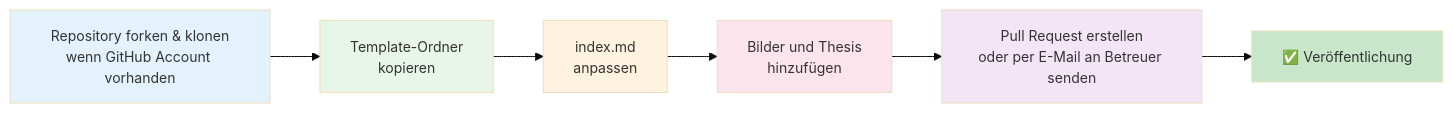
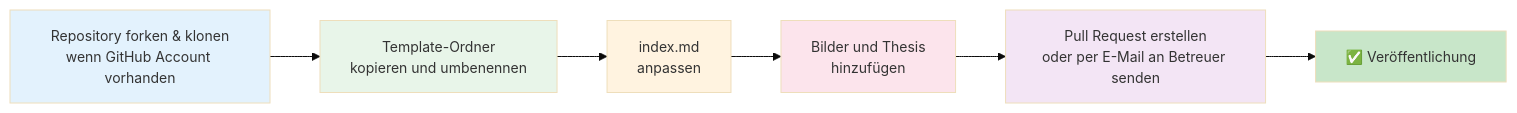
One commit to th-koeln/mi-bachelor-abschlussarbeiten changed the diagram in README.md. Above: the diagram before and after it, drawn with Mermaid.

Commit message:
Update flowchart step to include renaming template folder

````diff
--- a/README.md
+++ b/README.md
@@ -9,17 +9,17 @@
 ```mermaid
 %%{init: {'theme':'base', 'themeVariables': { 'fontSize':'14px'}}}%%
 flowchart LR
-    A[Repository forken & klonen<br/>wenn GitHub Account vorhanden] --> B[Template-Ordner<br/>kopieren]
+    A[Repository forken & klonen<br/>wenn GitHub Account vorhanden] --> B[Template-Ordner<br/>kopieren und umbenennen]
     B --> C[index.md<br/>anpassen]
     C --> D[Bilder und Thesis<br/>hinzufügen]
     D --> E[Pull Request erstellen<br/>oder per E-Mail an Betreuer senden]
     E --> F[✅ Veröffentlichung]
 
     style A fill:#e3f2fd
     style B fill:#e8f5e9
     style C fill:#fff3e0
     style D fill:#fce4ec
     style E fill:#f3e5f5
     style F fill:#c8e6c9
 
 ```
````
